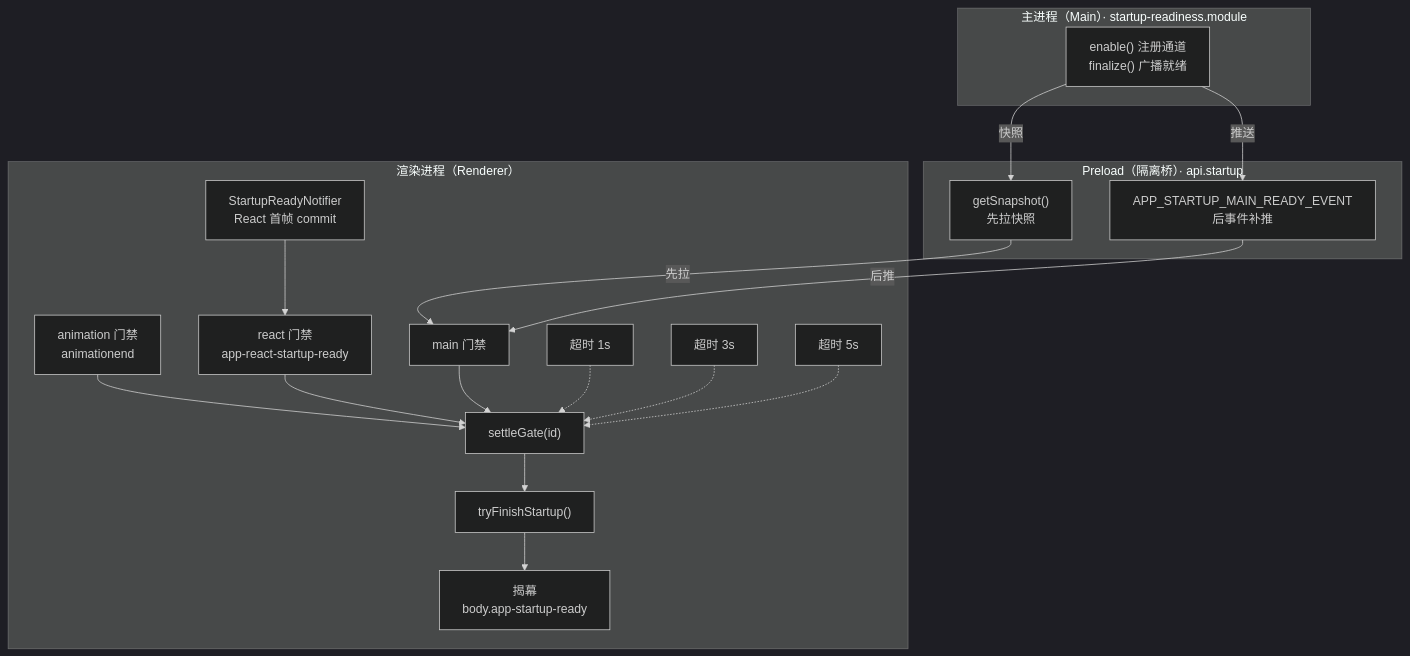
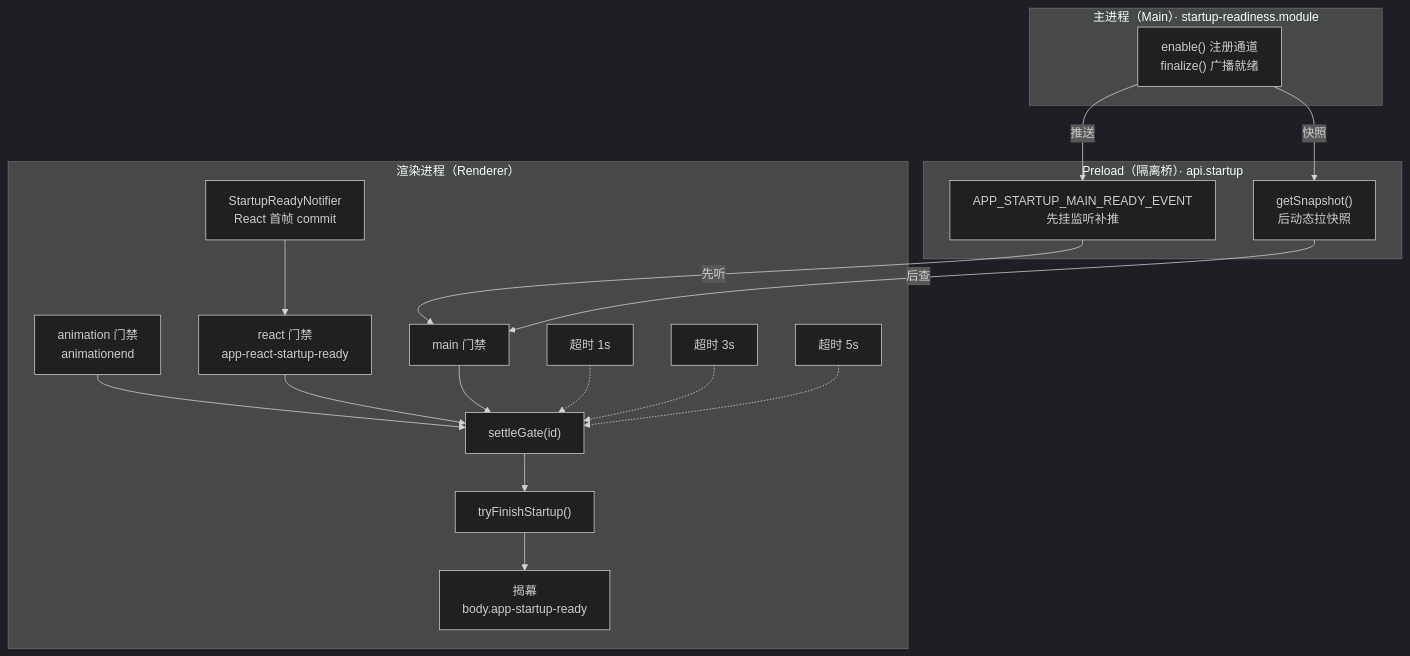
One commit to BanShan-Alec/electron-react-monorepo-template changed the diagram in packages/docs/src/pages/ui/first-screen.md. Above: the diagram before and after it, drawn with Mermaid (dark theme). The commit also changed 7 other files, not shown here.

````diff
--- a/packages/docs/src/pages/ui/first-screen.md
+++ b/packages/docs/src/pages/ui/first-screen.md
@@ -22,31 +22,31 @@
 ```mermaid
 flowchart TB
   subgraph renderer["渲染进程（Renderer）"]
     StartupReadyNotifier["StartupReadyNotifier<br/>React 首帧 commit"]
     animation["animation 门禁<br/>animationend"]
     react["react 门禁<br/>app-react-startup-ready"]
     main["main 门禁"]
     settleGate["settleGate(id)"]
     tryFinishStartup["tryFinishStartup()"]
     APP_STARTUP_READY_CLASS["揭幕<br/>body.app-startup-ready"]
     STARTUP_ANIMATION_FALLBACK_MS["超时 1s"]
     STARTUP_REACT_FALLBACK_MS["超时 3s"]
     STARTUP_MAIN_FALLBACK_MS["超时 5s"]
   end
   subgraph preload["Preload（隔离桥）· api.startup"]
-    getSnapshot["getSnapshot()<br/>先拉快照"]
-    APP_STARTUP_MAIN_READY_EVENT["APP_STARTUP_MAIN_READY_EVENT<br/>后事件补推"]
+    APP_STARTUP_MAIN_READY_EVENT["APP_STARTUP_MAIN_READY_EVENT<br/>先挂监听补推"]
+    getSnapshot["getSnapshot()<br/>后动态拉快照"]
   end
   subgraph mainProcess["主进程（Main）· startup-readiness.module"]
     startupReadiness["enable() 注册通道<br/>finalize() 广播就绪"]
   end
   StartupReadyNotifier --> react
   animation & react & main --> settleGate
   STARTUP_ANIMATION_FALLBACK_MS & STARTUP_REACT_FALLBACK_MS & STARTUP_MAIN_FALLBACK_MS -.-> settleGate
   settleGate --> tryFinishStartup
   tryFinishStartup --> APP_STARTUP_READY_CLASS
+  startupReadiness -->|"推送"| APP_STARTUP_MAIN_READY_EVENT
   startupReadiness -->|"快照"| getSnapshot
-  startupReadiness -->|"推送"| APP_STARTUP_MAIN_READY_EVENT
-  getSnapshot -->|"先拉"| main
-  APP_STARTUP_MAIN_READY_EVENT -->|"后推"| main
+  APP_STARTUP_MAIN_READY_EVENT -->|"先听"| main
+  getSnapshot -->|"后查"| main
 ```
````
